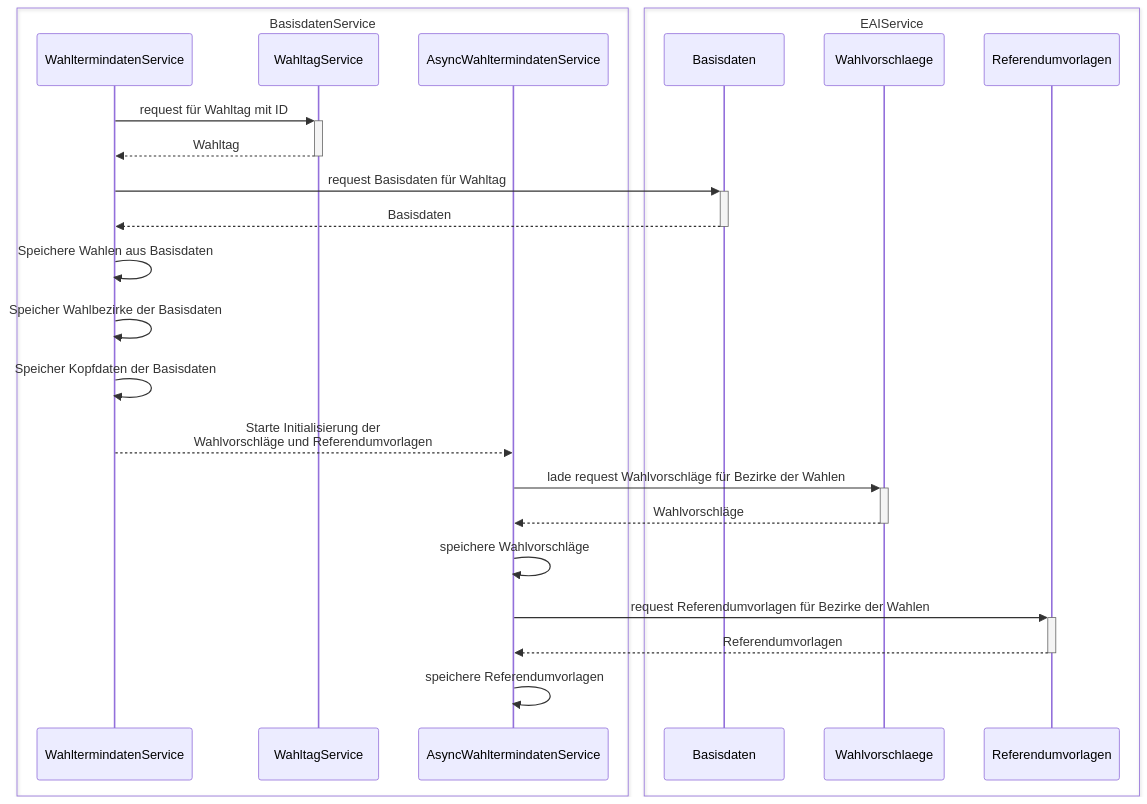
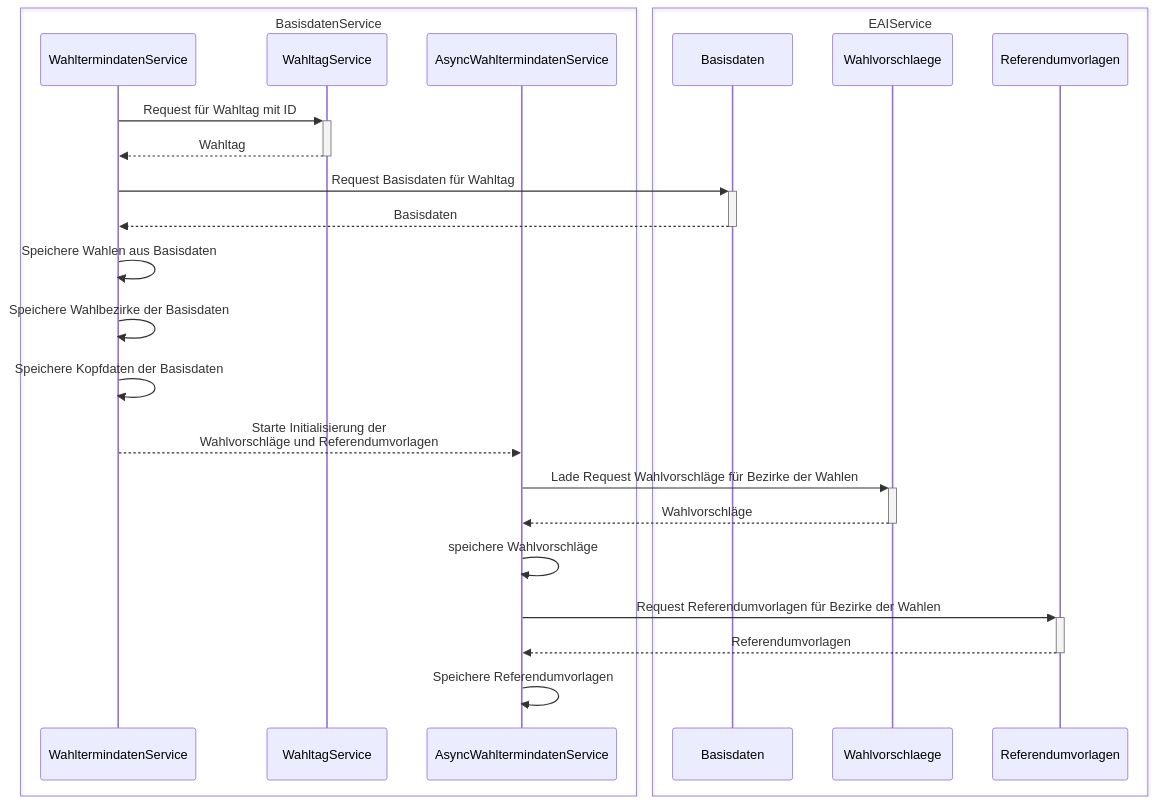
Before and after one commit to it-at-m/Wahllokalsystem: the second of 2 diagrams in docs/src/services/backend-services/basisdaten-service/index.md, drawn with Mermaid. The commit also changed 28 other files, not shown here.

````diff
--- a/docs/src/services/backend-services/basisdaten-service/index.md
+++ b/docs/src/services/backend-services/basisdaten-service/index.md
@@ -64,35 +64,35 @@
 ```mermaid
 
 sequenceDiagram
 
     box BasisdatenService
         participant WahltermindatenService
         participant WahltagService
         participant AsyncWahltermindatenService
     end
     box EAIService
         participant Basisdaten
         participant Wahlvorschlaege
         participant Referendumvorlagen
     end
 
-    WahltermindatenService ->>+ WahltagService: request für Wahltag mit ID
+    WahltermindatenService ->>+ WahltagService: Request für Wahltag mit ID
     WahltagService -->>- WahltermindatenService: Wahltag
 
-    WahltermindatenService ->>+ Basisdaten : request Basisdaten für Wahltag
+    WahltermindatenService ->>+ Basisdaten : Request Basisdaten für Wahltag
     Basisdaten -->>- WahltermindatenService : Basisdaten
 
     WahltermindatenService ->> WahltermindatenService : Speichere Wahlen aus Basisdaten
-    WahltermindatenService ->> WahltermindatenService : Speicher Wahlbezirke der Basisdaten
-    WahltermindatenService ->> WahltermindatenService : Speicher Kopfdaten der Basisdaten
+    WahltermindatenService ->> WahltermindatenService : Speichere Wahlbezirke der Basisdaten
+    WahltermindatenService ->> WahltermindatenService : Speichere Kopfdaten der Basisdaten
 
     WahltermindatenService -->> AsyncWahltermindatenService : Starte Initialisierung der<br>Wahlvorschläge und Referendumvorlagen
 
-    AsyncWahltermindatenService ->>+ Wahlvorschlaege : lade request Wahlvorschläge für Bezirke der Wahlen
+    AsyncWahltermindatenService ->>+ Wahlvorschlaege : Lade Request Wahlvorschläge für Bezirke der Wahlen
     Wahlvorschlaege -->>- AsyncWahltermindatenService : Wahlvorschläge
     AsyncWahltermindatenService ->> AsyncWahltermindatenService : speichere Wahlvorschläge
 
-    AsyncWahltermindatenService ->>+ Referendumvorlagen : request Referendumvorlagen für Bezirke der Wahlen
+    AsyncWahltermindatenService ->>+ Referendumvorlagen : Request Referendumvorlagen für Bezirke der Wahlen
     Referendumvorlagen -->>- AsyncWahltermindatenService : Referendumvorlagen
-    AsyncWahltermindatenService ->> AsyncWahltermindatenService : speichere Referendumvorlagen
+    AsyncWahltermindatenService ->> AsyncWahltermindatenService : Speichere Referendumvorlagen
 ```
````
